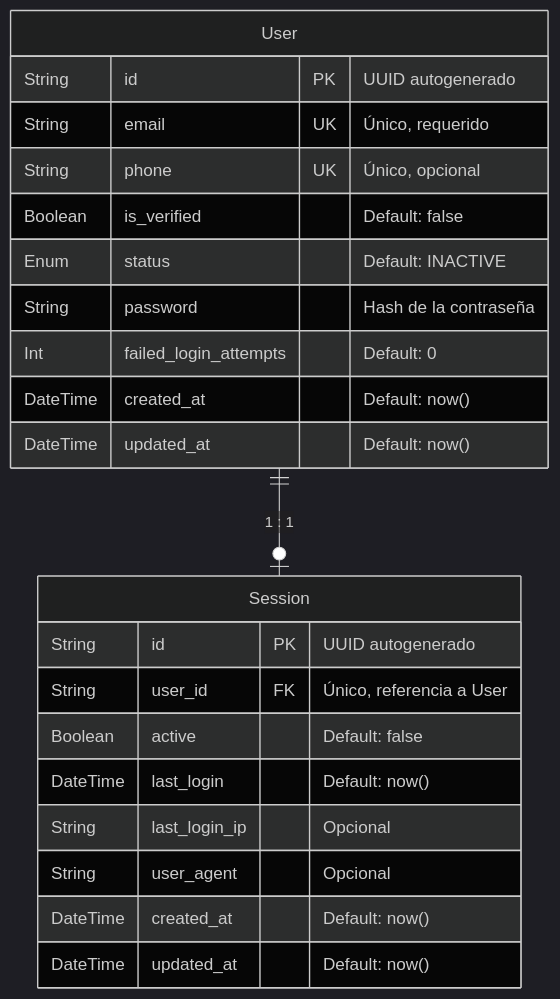
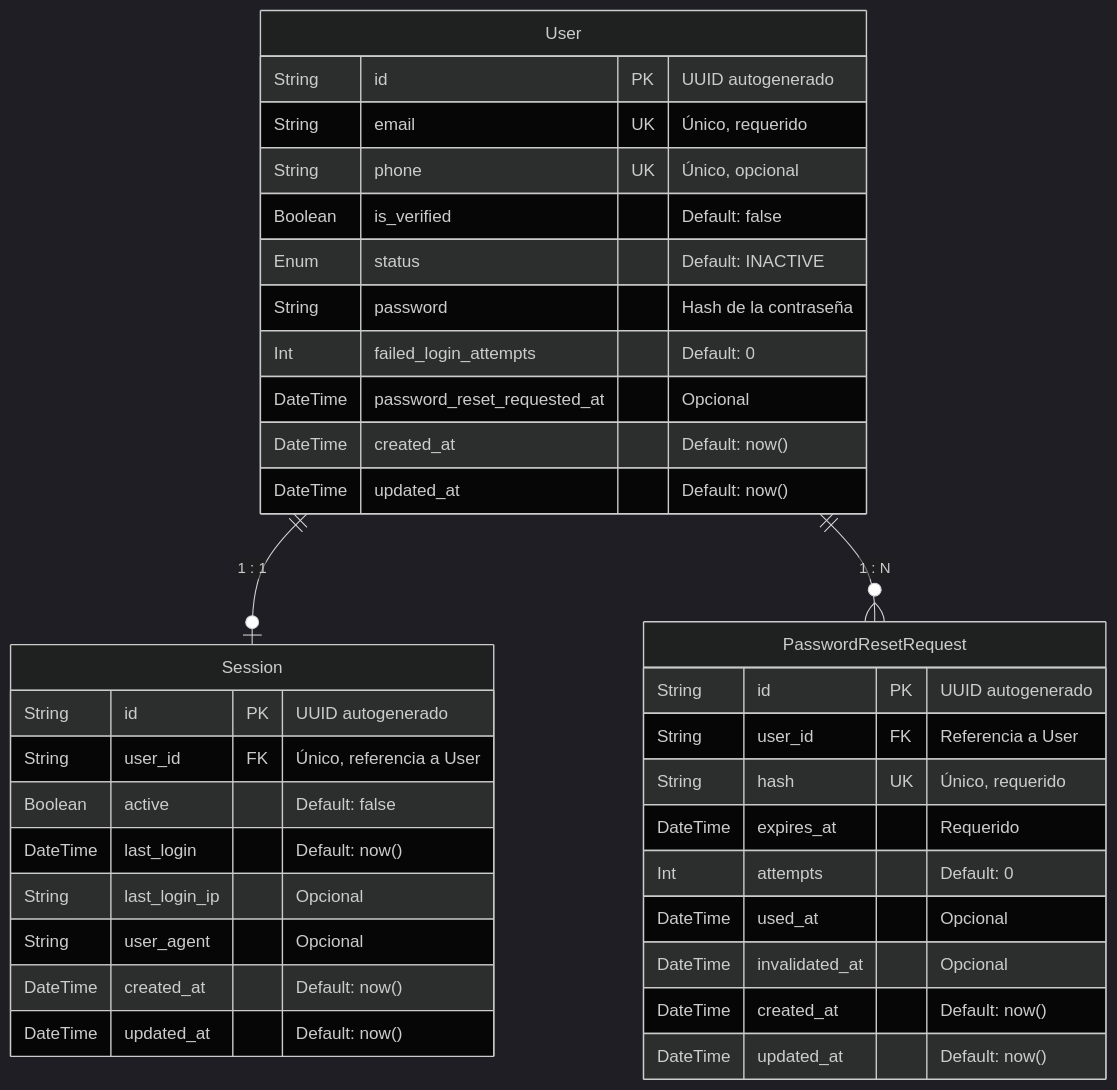
Before and after one commit to sergio-pomarico/atlas: the diagram in docs/backend/database.md, drawn with Mermaid (dark theme). The commit also changed other lines of this file and 3 other files, not shown here.

Commit message:
feat: add password reset schema and database migrations

````diff
--- a/docs/backend/database.md
+++ b/docs/backend/database.md
@@ -31,27 +32,41 @@
 ```mermaid
 erDiagram
     User {
         String  id                  PK  "UUID autogenerado"
         String  email               UK  "Único, requerido"
         String  phone               UK  "Único, opcional"
         Boolean is_verified             "Default: false"
         Enum    status                  "Default: INACTIVE"
         String  password                "Hash de la contraseña"
         Int     failed_login_attempts   "Default: 0"
+        DateTime password_reset_requested_at "Opcional"
         DateTime created_at             "Default: now()"
         DateTime updated_at             "Default: now()"
     }
 
     Session {
         String   id              PK  "UUID autogenerado"
         String   user_id         FK  "Único, referencia a User"
         Boolean  active              "Default: false"
         DateTime last_login          "Default: now()"
         String   last_login_ip       "Opcional"
         String   user_agent          "Opcional"
         DateTime created_at          "Default: now()"
         DateTime updated_at          "Default: now()"
     }
 
+    PasswordResetRequest {
+        String   id          PK  "UUID autogenerado"
+        String   user_id     FK  "Referencia a User"
+        String   hash        UK  "Único, requerido"
+        DateTime expires_at      "Requerido"
+        Int      attempts        "Default: 0"
+        DateTime used_at         "Opcional"
+        DateTime invalidated_at  "Opcional"
+        DateTime created_at      "Default: now()"
+        DateTime updated_at      "Default: now()"
+    }
+
     User ||--o| Session : "1 : 1"
+    User ||--o{ PasswordResetRequest : "1 : N"
 ```
````
